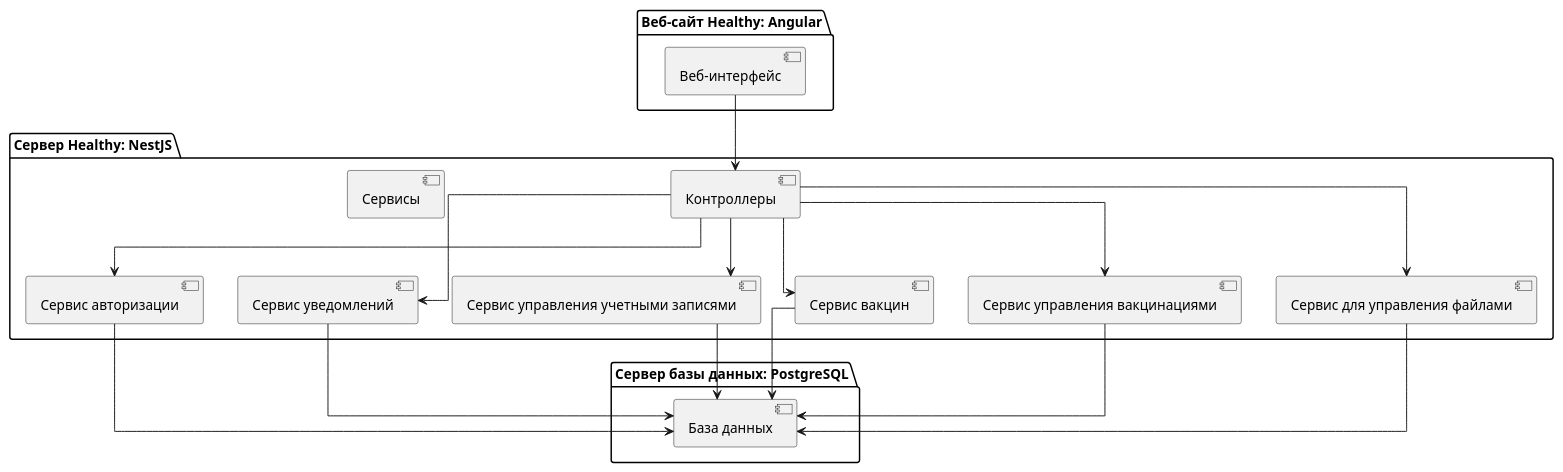
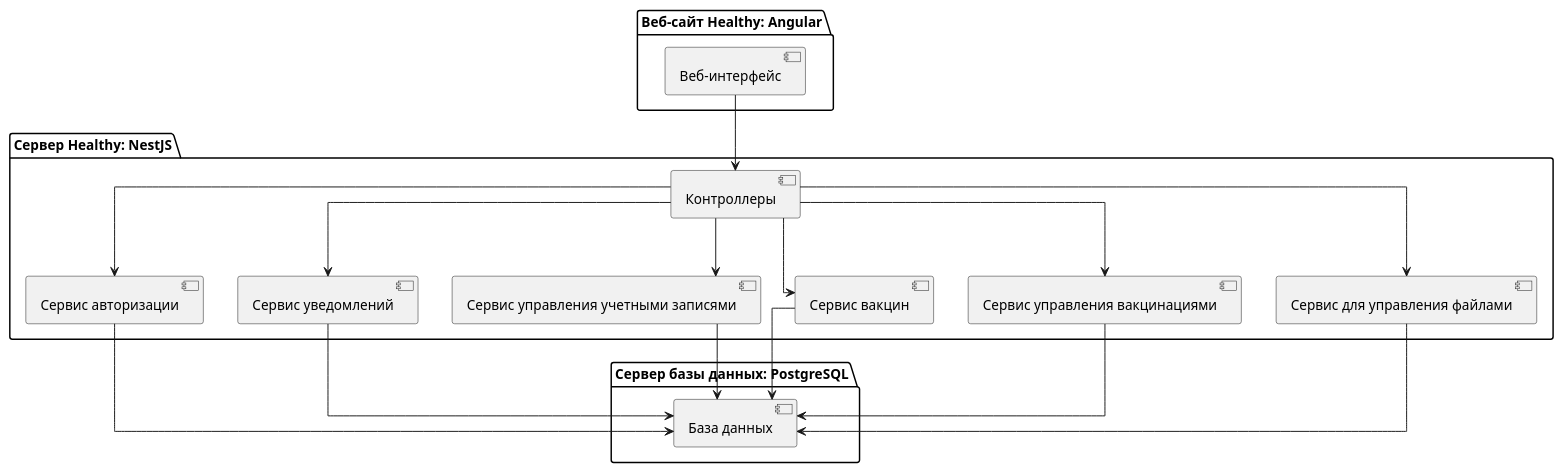
The diagram in src/plantuml/component-diagram.puml (zloihach/healthy-backend), drawn with PlantUML before and after one commit. The commit also changed 2 other files, not shown here.

```diff
--- a/src/plantuml/component-diagram.puml
+++ b/src/plantuml/component-diagram.puml
@@ -1,40 +1,39 @@
 @startuml
 skinparam linetype ortho
 
 package "Веб-сайт Healthy: Angular" {
     [Веб-интерфейс]
 }
 
 package "Сервер Healthy: NestJS" {
     [Контроллеры]
-    [Сервисы]
     [Сервис авторизации]
     [Сервис уведомлений]
     [Сервис управления учетными записями]
     [Сервис вакцин]
     [Сервис управления вакцинациями]
     [Сервис для управления файлами]
 }
 
 package "Сервер базы данных: PostgreSQL" {
     [База данных]
 }
 
 [Веб-интерфейс] -down-> [Контроллеры]
 [Контроллеры] -down-> [Сервис авторизации]
 [Контроллеры] -down-> [Сервис уведомлений]
 [Контроллеры] -down-> [Сервис управления учетными записями]
 [Контроллеры] -down-> [Сервис вакцин]
 [Контроллеры] -down-> [Сервис управления вакцинациями]
 [Контроллеры] -down-> [Сервис для управления файлами]
 [Сервис авторизации] -down-> [База данных]
 [Сервис уведомлений] -down-> [База данных]
 [Сервис управления учетными записями] -down-> [База данных]
 [Сервис вакцин] -down-> [База данных]
 [Сервис управления вакцинациями] -down-> [База данных]
 [Сервис для управления файлами] -down-> [База данных]
 
 
 
 
 @enduml
```
